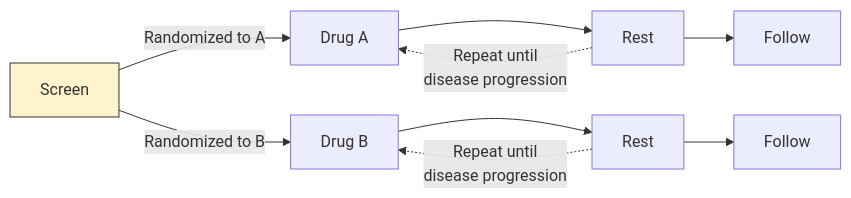
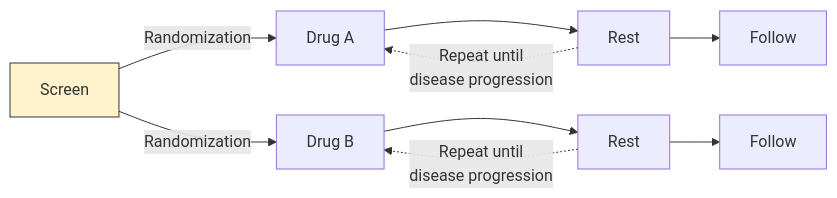
Before and after one commit to hakupao/sdtm-pedia: diagram 13 of 24 in knowledge_base/domains/TA/examples.md, drawn with Mermaid. The commit also changed other lines of this file and 12 other files, not shown here.

First line of the commit message:
fix(kb): Tier B batch B-TA — TA narratives restored + 24 Mermaid vs PDF figures (PASS after 3 attempts; local)

````diff
--- a/knowledge_base/domains/TA/examples.md
+++ b/knowledge_base/domains/TA/examples.md
@@ -372,9 +535,9 @@
 ```mermaid
 graph LR
     S[Screen]
-    S -->|"Randomized to A"| DA[Drug A] --> RA[Rest] --> FA[Follow]
-    S -->|"Randomized to B"| DB[Drug B] --> RB[Rest] --> FB[Follow]
+    S -->|"Randomization"| DA[Drug A] --> RA[Rest] --> FA[Follow]
+    S -->|"Randomization"| DB[Drug B] --> RB[Rest] --> FB[Follow]
     RA -.->|"Repeat until<br/>disease progression"| DA
     RB -.->|"Repeat until<br/>disease progression"| DB
     style S fill:#fef3cd,stroke:#333
 ```
````
